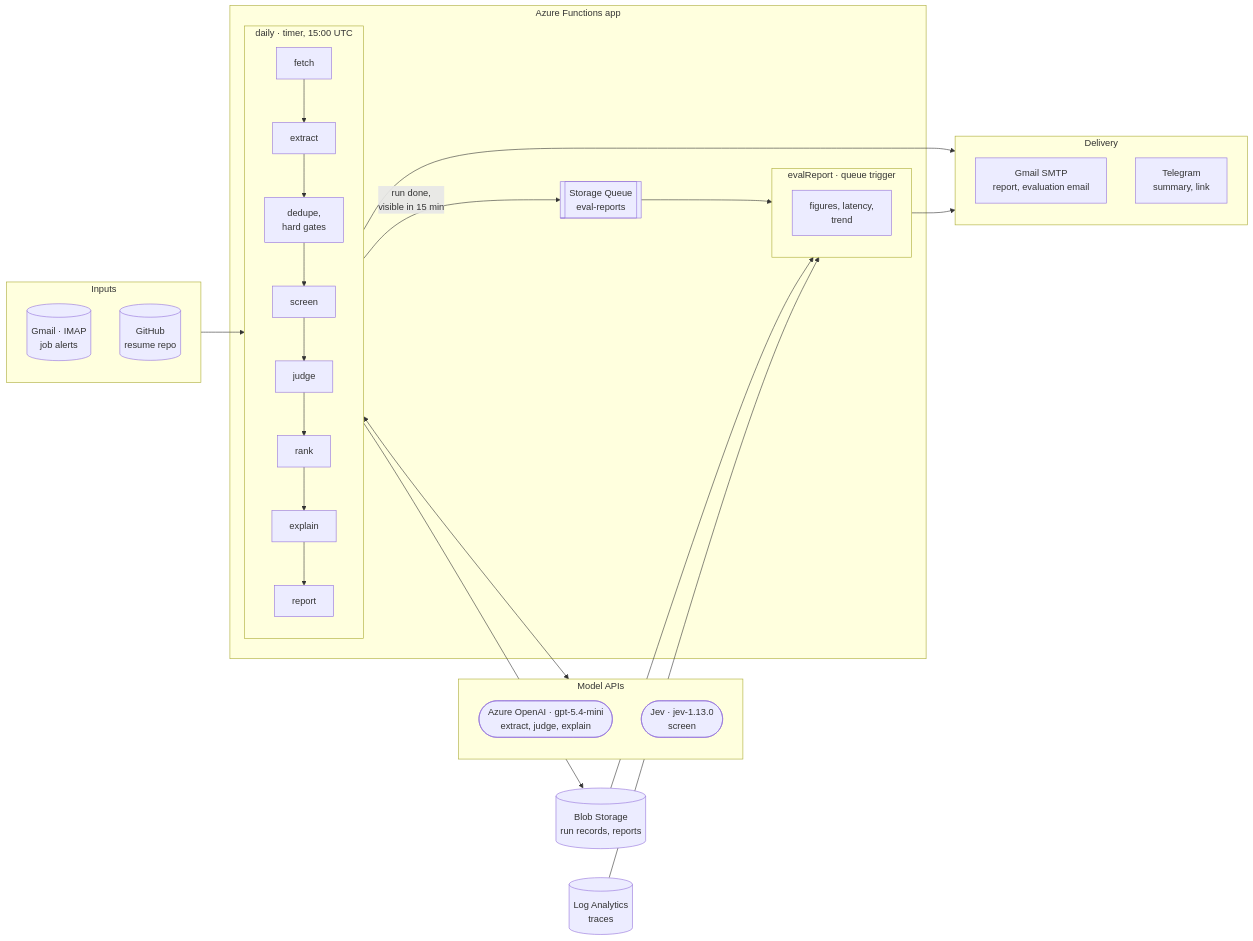
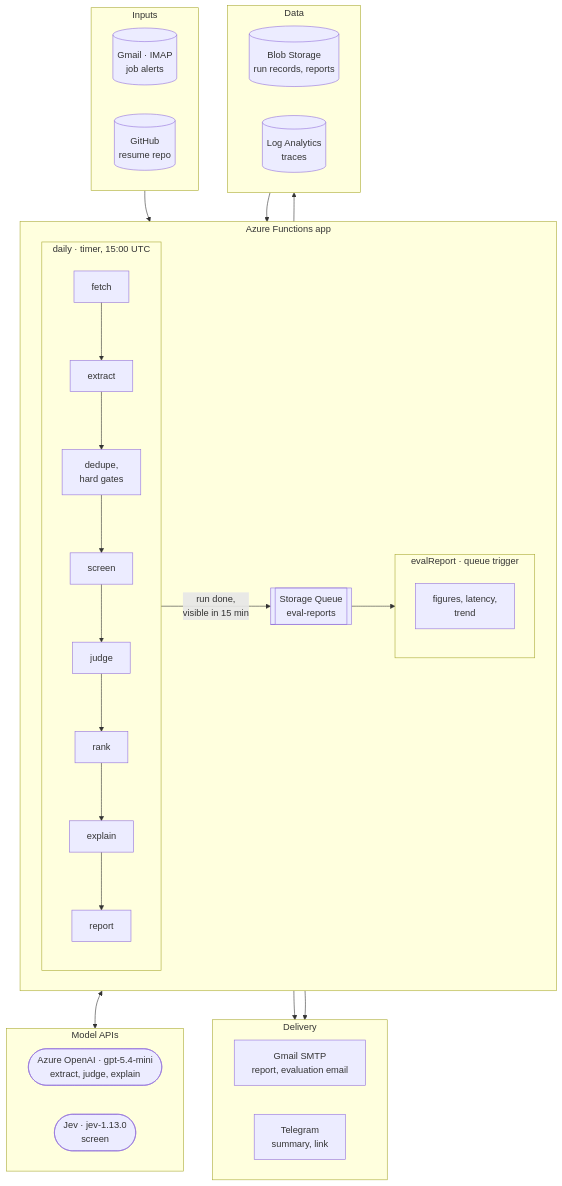
Before and after one commit to PCBZ/job-scan: the diagram in README.md, drawn with Mermaid.

Commit message:
docs(readme): architecture top to bottom, the functions side by side with the queue between

````diff
--- a/README.md
+++ b/README.md
@@ -29,38 +29,46 @@
 ```mermaid
-flowchart LR
+flowchart TB
   subgraph inputs [Inputs]
+    direction LR
     gmail[(Gmail · IMAP<br/>job alerts)]
     github[(GitHub<br/>resume repo)]
   end
 
-  subgraph apis [Model APIs]
-    openai([Azure OpenAI · gpt-5.4-mini<br/>extract, judge, explain])
-    jev([Jev · jev-1.13.0<br/>screen])
-  end
-
   subgraph app [Azure Functions app]
+    direction LR
     subgraph daily ["daily · timer, 15:00 UTC"]
+      direction TB
       fetch --> extract --> gates[dedupe,<br/>hard gates] --> screen --> judge --> rank --> explain --> report
     end
     queue[[Storage Queue<br/>eval-reports]]
     subgraph evalfn ["evalReport · queue trigger"]
       evaluate[figures, latency,<br/>trend]
     end
     daily -- "run done,<br/>visible in 15 min" --> queue --> evalfn
   end
 
-  blob[(Blob Storage<br/>run records, reports)]
-  logs[(Log Analytics<br/>traces)]
+  subgraph apis [Model APIs]
+    direction LR
+    openai([Azure OpenAI · gpt-5.4-mini<br/>extract, judge, explain])
+    jev([Jev · jev-1.13.0<br/>screen])
+  end
+
+  subgraph data [Data]
+    direction LR
+    blob[(Blob Storage<br/>run records, reports)]
+    logs[(Log Analytics<br/>traces)]
+  end
 
   subgraph out [Delivery]
+    direction LR
     smtp[Gmail SMTP<br/>report, evaluation email]
     tg[Telegram<br/>summary, link]
   end
 
   inputs --> daily
   daily <--> apis
-  daily --> blob --> evalfn
-  logs --> evalfn
+  daily --> data
+  data --> evalfn
   daily --> out
   evalfn --> out
 ```
````
